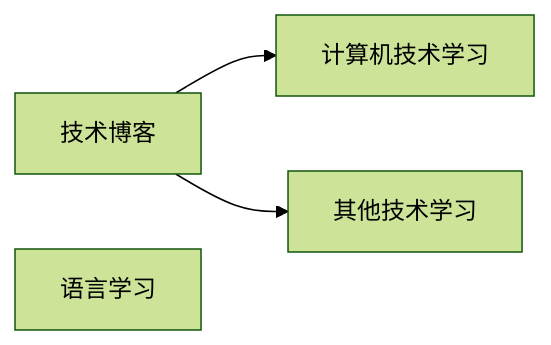
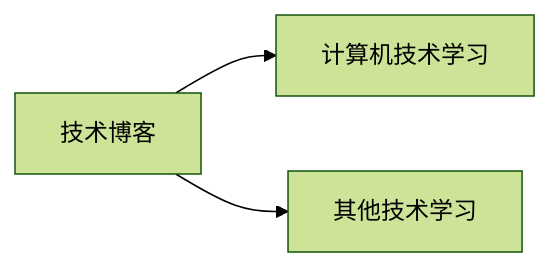
Before and after one commit to xuchenxu2004/xuchenxuBlog: the diagram in docs/99.指南/03.简介/01.由此开始.md, drawn with Mermaid (forest theme). The commit also changed other lines of this file, not shown here.

````diff
--- a/docs/99.指南/03.简介/01.由此开始.md
+++ b/docs/99.指南/03.简介/01.由此开始.md
@@ -31,6 +31,6 @@
 ```mermaid
 graph LR
     A[技术博客] --> B[计算机技术学习]
     A[技术博客] --> C[其他技术学习]
-    D[语言学习]
+
 ```
````
